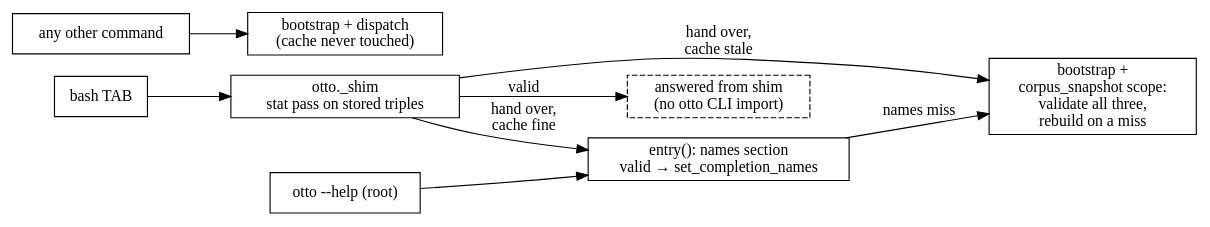
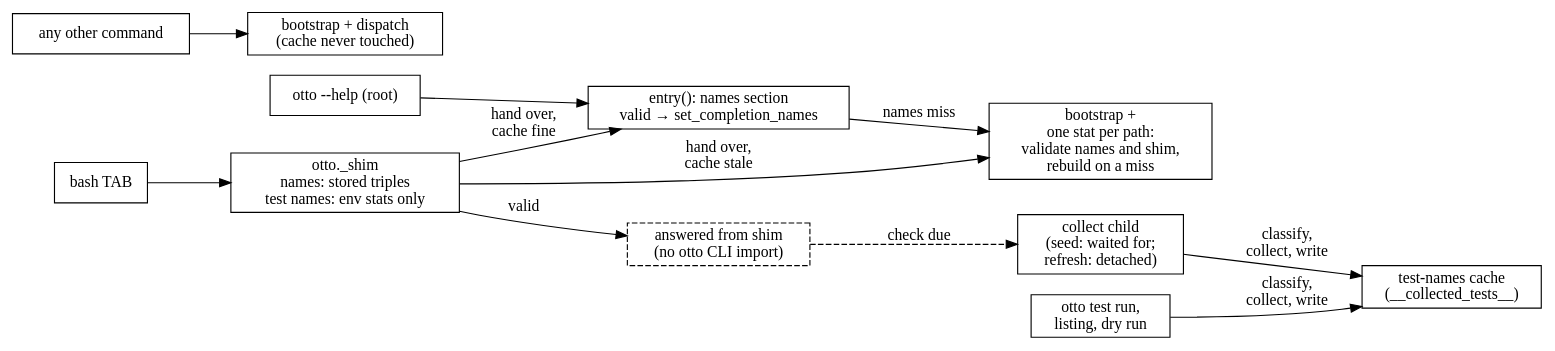
Before and after one commit to ludachrish3/otto-sh: the diagram in docs/architecture/subsystems/completion-cache.md, drawn with Graphviz. The commit also changed other lines of this file and 303 other files, not shown here.

````diff
--- a/docs/architecture/subsystems/completion-cache.md
+++ b/docs/architecture/subsystems/completion-cache.md
@@ -253,23 +387,29 @@
 ```{graphviz}
 digraph cache_paths {
     rankdir=LR;
     node [shape=box];
 
     tab [label="bash TAB"];
-    shim [label="otto._shim\nstat pass on stored triples"];
+    shim [label="otto._shim\nnames: stored triples\ntest names: env stats only"];
     answer [label="answered from shim\n(no otto CLI import)", style=dashed];
     names [label="entry(): names section\nvalid → set_completion_names"];
     help [label="otto --help (root)"];
-    rebuild [label="bootstrap +\ncorpus_snapshot scope:\nvalidate all three,\nrebuild on a miss"];
+    rebuild [label="bootstrap +\none stat per path:\nvalidate names and shim,\nrebuild on a miss"];
+    tables [label="test-names cache\n(__collected_tests__)"];
+    child [label="collect child\n(seed: waited for;\nrefresh: detached)"];
+    run [label="otto test run,\nlisting, dry run"];
     ordinary [label="any other command"];
     dispatch [label="bootstrap + dispatch\n(cache never touched)"];
 
     tab -> shim;
     shim -> answer [label=" valid"];
     shim -> names [label=" hand over,\n cache fine"];
     shim -> rebuild [label=" hand over,\n cache stale"];
     help -> names;
     names -> rebuild [label=" names miss"];
+    answer -> child [label=" check due", style=dashed];
+    child -> tables [label=" classify,\n collect, write"];
+    run -> tables [label=" classify,\n collect, write"];
     ordinary -> dispatch;
 }
 ```
````
